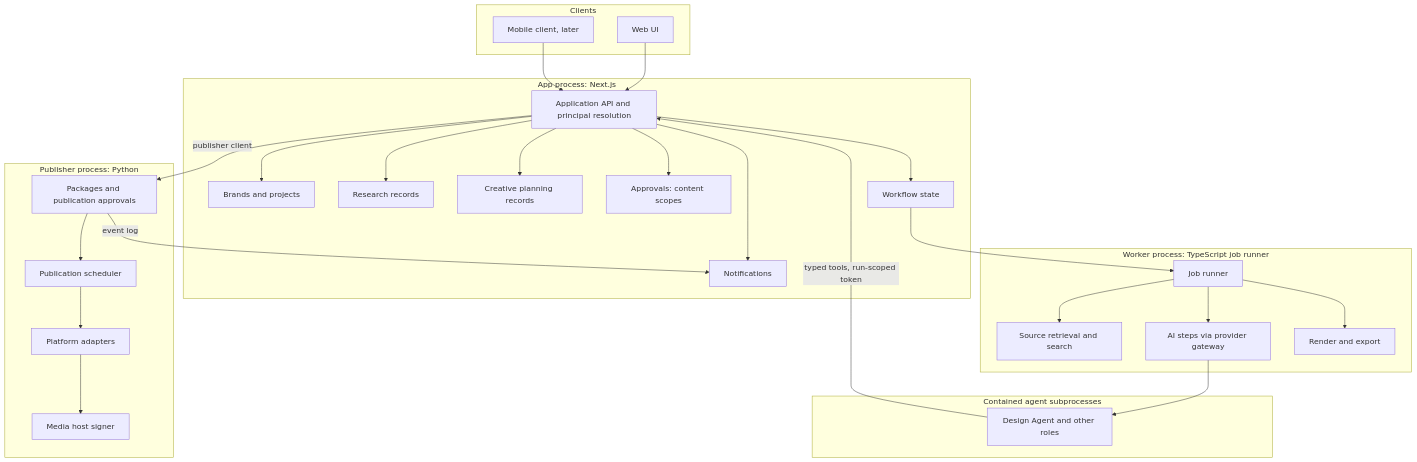
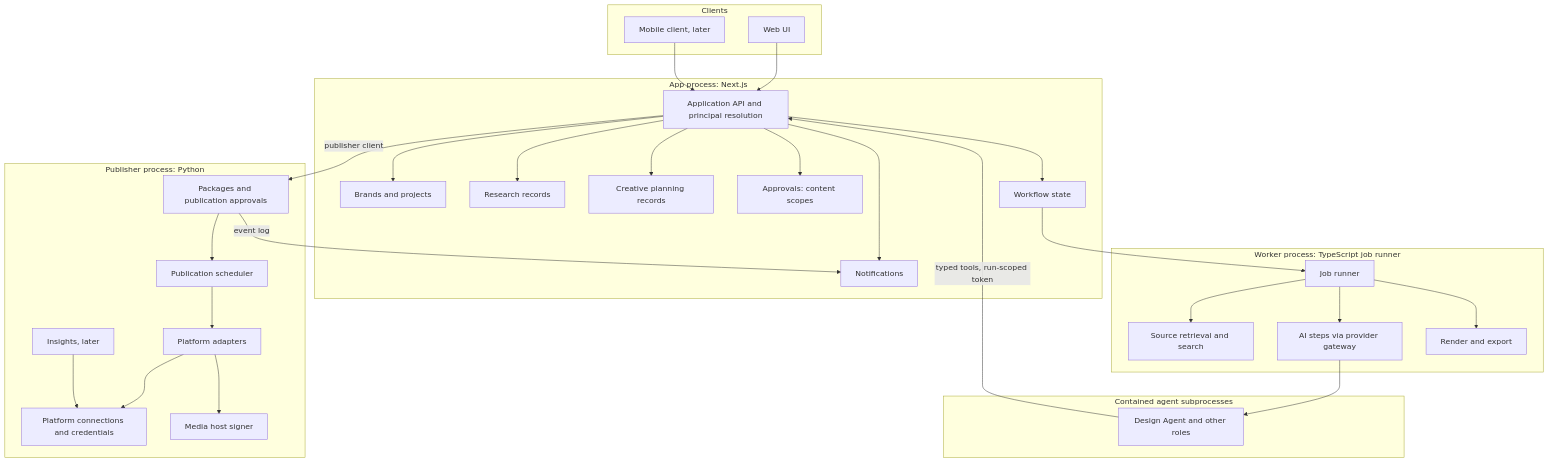
The first of 2 diagrams in docs/roadmap/content-platform/ARCHITECTURE-RFC.md (mk-global/creatorbrio), drawn with Mermaid before and after one commit. The commit also changed other lines of this file and 6 other files, not shown here.

First line of the commit message:
docs: validate the content platform architecture before implementation (#218) (#219)

````diff
--- a/docs/roadmap/content-platform/ARCHITECTURE-RFC.md
+++ b/docs/roadmap/content-platform/ARCHITECTURE-RFC.md
@@ -94,42 +131,46 @@
 ```mermaid
 flowchart TB
     subgraph Clients
         WEB[Web UI]
         MOB[Mobile client, later]
     end
     subgraph App[App process: Next.js]
         API[Application API and principal resolution]
         BRAND[Brands and projects]
         RES[Research records]
         PLAN[Creative planning records]
         APPR[Approvals: content scopes]
         WF[Workflow state]
         NOTE[Notifications]
     end
     subgraph Worker[Worker process: TypeScript job runner]
         JOBS[Job runner]
         RETR[Source retrieval and search]
         AIW[AI steps via provider gateway]
         MEDIA[Render and export]
     end
     subgraph Agents[Contained agent subprocesses]
         AG[Design Agent and other roles]
     end
     subgraph Publisher[Publisher process: Python]
+        CONN[Platform connections and credentials]
         PKG[Packages and publication approvals]
         SCHED[Publication scheduler]
         ADP[Platform adapters]
         HOST[Media host signer]
+        INS[Insights, later]
     end
     WEB --> API
     MOB --> API
     API --> BRAND & RES & PLAN & APPR & WF & NOTE
     WF --> JOBS
     JOBS --> RETR & AIW & MEDIA
     AIW --> AG
     AG -- typed tools, run-scoped token --> API
     API -- publisher client --> PKG
     PKG --> SCHED --> ADP
+    ADP --> CONN
     ADP --> HOST
+    INS --> CONN
     PKG -- event log --> NOTE
 ```
````
